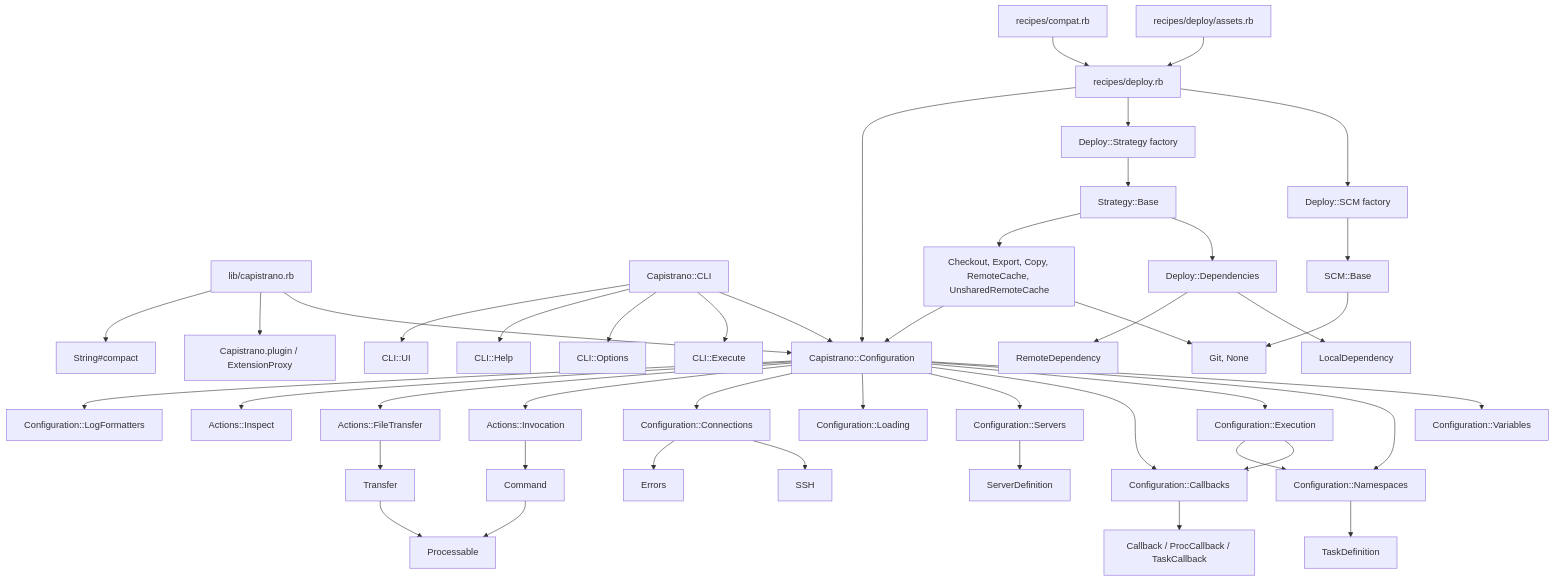
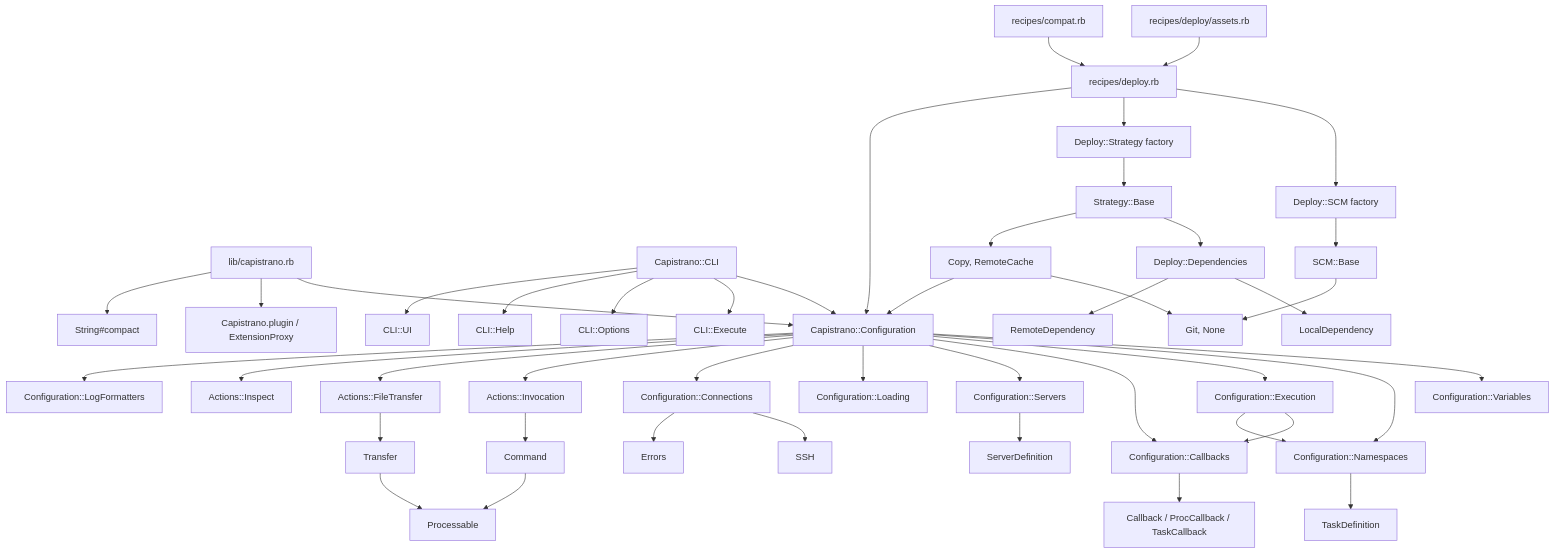
One commit to mackuba/capistrano-lite changed the diagram in docs/lib-codebase-map.md. Above: the diagram before and after it, drawn with Mermaid. The commit also changed other lines of this file and 6 other files, not shown here.

````diff
--- a/docs/lib-codebase-map.md
+++ b/docs/lib-codebase-map.md
@@ -79,52 +76,52 @@
 ```mermaid
 flowchart TD
   root["lib/capistrano.rb"] --> config["Capistrano::Configuration"]
   root --> extensions["Capistrano.plugin / ExtensionProxy"]
   root --> string_ext["String#compact"]
 
   cli["Capistrano::CLI"] --> config
   cli --> cli_execute["CLI::Execute"]
   cli --> cli_options["CLI::Options"]
   cli --> cli_help["CLI::Help"]
   cli --> cli_ui["CLI::UI"]
 
   config --> variables["Configuration::Variables"]
   config --> namespaces["Configuration::Namespaces"]
   config --> execution["Configuration::Execution"]
   config --> callbacks["Configuration::Callbacks"]
   config --> servers_mod["Configuration::Servers"]
   config --> loading["Configuration::Loading"]
   config --> connections["Configuration::Connections"]
   config --> invocation["Actions::Invocation"]
   config --> transfer_actions["Actions::FileTransfer"]
   config --> inspect_actions["Actions::Inspect"]
   config --> log_formatters["Configuration::LogFormatters"]
 
   namespaces --> task_definition["TaskDefinition"]
   servers_mod --> server_definition["ServerDefinition"]
   connections --> ssh["SSH"]
   connections --> errors["Errors"]
   invocation --> command["Command"]
   transfer_actions --> transfer["Transfer"]
   command --> processable["Processable"]
   transfer --> processable
   callbacks --> callback_classes["Callback / ProcCallback / TaskCallback"]
   execution --> callbacks
   execution --> namespaces
 
   deploy_recipe["recipes/deploy.rb"] --> scm_factory["Deploy::SCM factory"]
   deploy_recipe --> strategy_factory["Deploy::Strategy factory"]
   deploy_recipe --> config
   assets_recipe["recipes/deploy/assets.rb"] --> deploy_recipe
   compat_recipe["recipes/compat.rb"] --> deploy_recipe
 
   scm_factory --> scm_base["SCM::Base"]
   scm_base --> scm_adapters["Git, None"]
   strategy_factory --> strategy_base["Strategy::Base"]
   strategy_base --> dependencies["Deploy::Dependencies"]
   dependencies --> local_dep["LocalDependency"]
   dependencies --> remote_dep["RemoteDependency"]
-  strategy_base --> strategies["Checkout, Export, Copy, RemoteCache, UnsharedRemoteCache"]
+  strategy_base --> strategies["Copy, RemoteCache"]
   strategies --> scm_adapters
   strategies --> config
 ```
````
